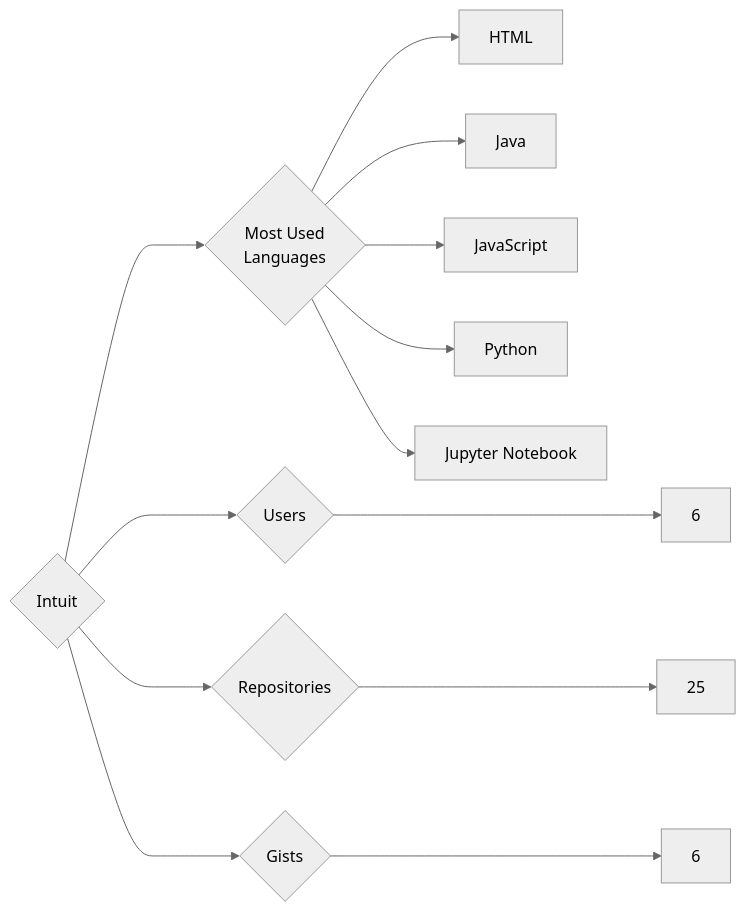
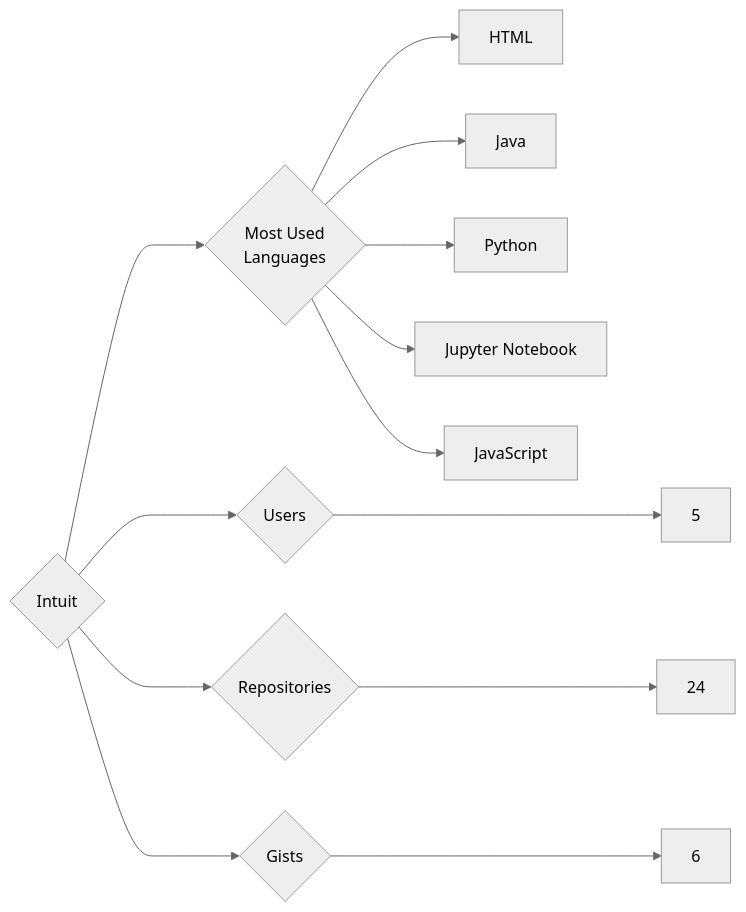
The diagram in targets/Intuit/README.md (trickest/insiders), drawn with Mermaid (neutral theme) before and after one commit. The commit also changed 776 other files, not shown here.

````diff
--- a/targets/Intuit/README.md
+++ b/targets/Intuit/README.md
@@ -3,13 +3,13 @@
 ```mermaid
 graph LR
 COMPANY_NAME{Intuit}
-COMPANY_NAME ---> U{Users} ---> UN[6]
-COMPANY_NAME ---> R{Repositories} ---> RN[25]
+COMPANY_NAME ---> U{Users} ---> UN[5]
+COMPANY_NAME ---> R{Repositories} ---> RN[24]
 COMPANY_NAME ---> G{Gists} ---> GN[6]
 COMPANY_NAME ---> ML{Most Used<br>Languages}
 ML --> HTML[HTML]
 ML --> Java[Java]
-ML --> JavaScript[JavaScript]
 ML --> Python[Python]
 ML --> Jupyter_Notebook[Jupyter Notebook]
+ML --> JavaScript[JavaScript]
 ```
````
